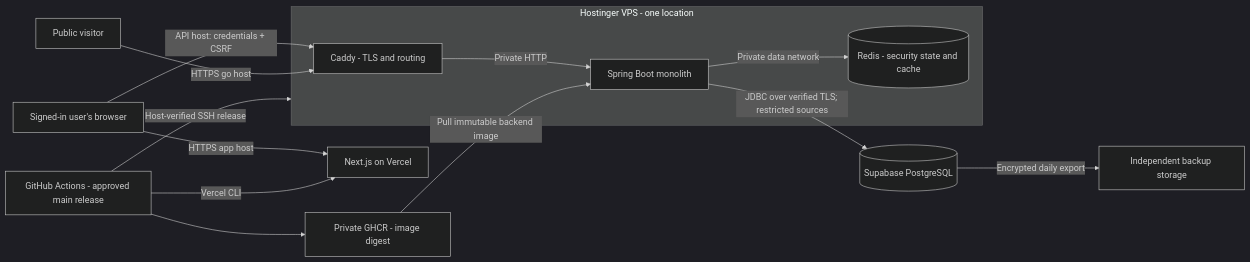
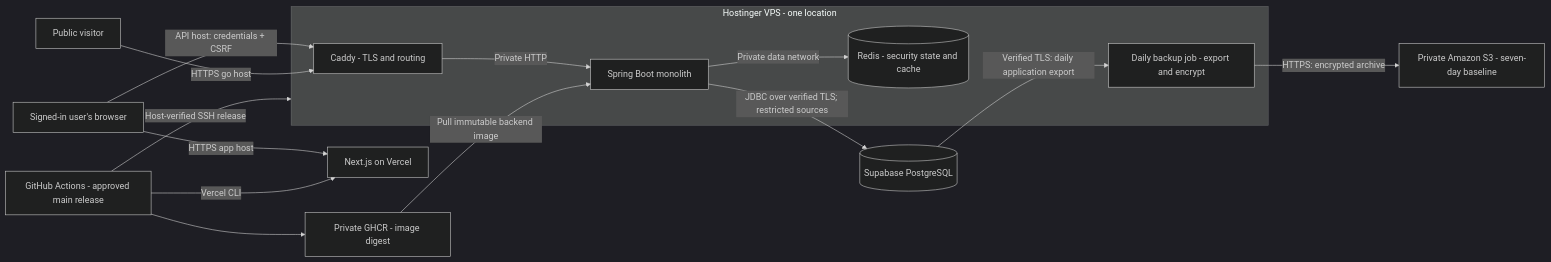
The diagram in docs/architecture/architecture.md (rahul2004a/TinyRoute), drawn with Mermaid (dark theme) before and after one commit. The commit also changed other lines of this file and 12 other files, not shown here.

````diff
--- a/docs/architecture/architecture.md
+++ b/docs/architecture/architecture.md
@@ -158,16 +162,18 @@
 ```mermaid
 flowchart LR
   User[Signed-in user's browser] -->|HTTPS app host| UI[Next.js on Vercel]
   User -->|API host: credentials + CSRF| Proxy
   Visitor[Public visitor] -->|HTTPS go host| Proxy
   subgraph VPS[Hostinger VPS - one location]
     Proxy[Caddy - TLS and routing] -->|Private HTTP| Backend[Spring Boot monolith]
     Backend -->|Private data network| Redis[(Redis - security state and cache)]
+    BackupJob[Daily backup job - export and encrypt]
   end
   Backend -->|JDBC over verified TLS; restricted sources| PG[(Supabase PostgreSQL)]
-  PG -->|Encrypted daily export| Backup[Independent backup storage]
+  PG -->|Verified TLS: daily application export| BackupJob
+  BackupJob -->|HTTPS: encrypted archive| Backup[Private Amazon S3 - seven-day baseline]
   CI[GitHub Actions - approved main release] --> Registry[Private GHCR - image digest]
   CI -->|Host-verified SSH release| VPS
   CI -->|Vercel CLI| UI
   Registry -->|Pull immutable backend image| Backend
 ```
````
